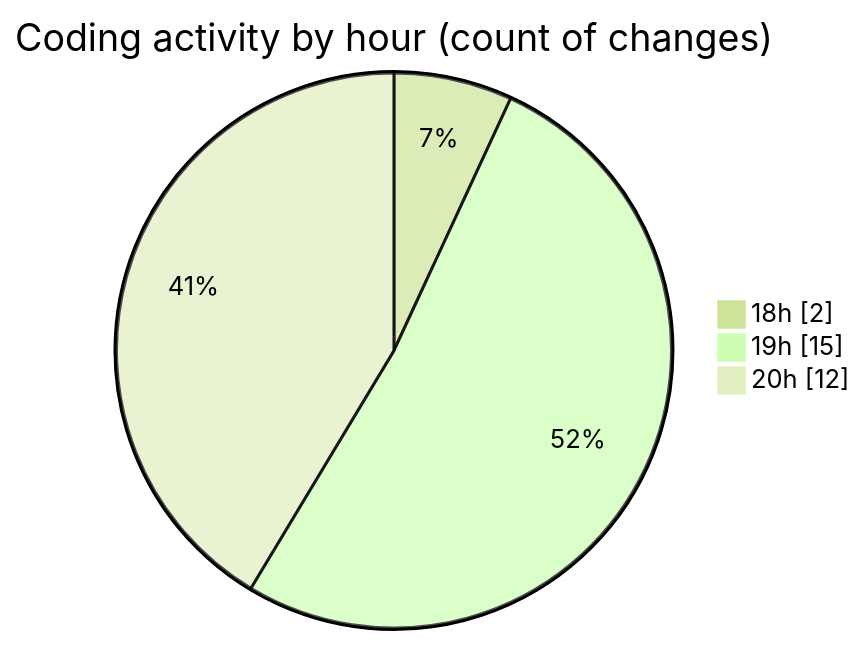
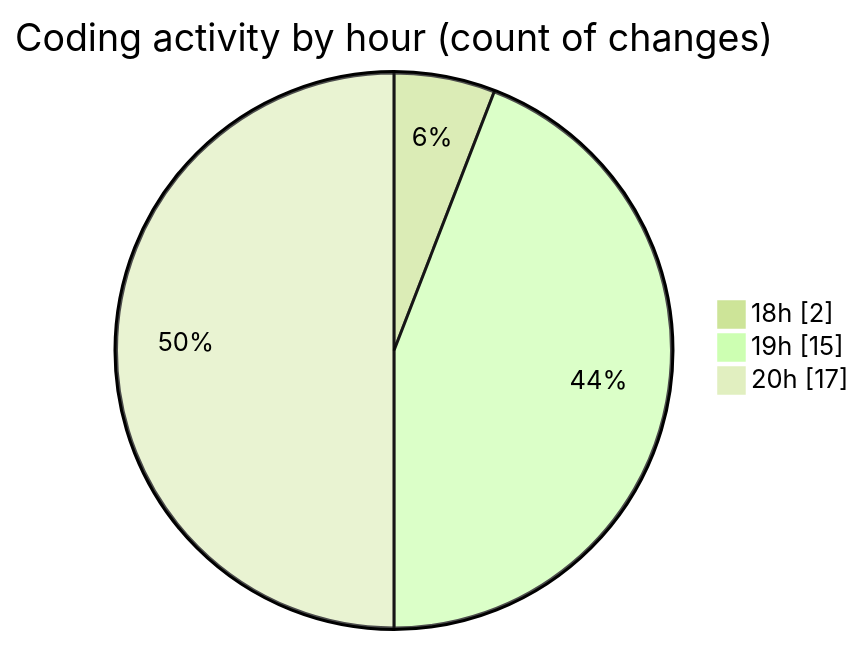
Before and after one commit to MatusMokan/code-tracking: the second of 2 diagrams in 2025-02-27/myws__workspace_/README.md, drawn with Mermaid (forest theme). The commit also changed other lines of this file and 1 other file, not shown here.

````diff
--- a/2025-02-27/myws__workspace_/README.md
+++ b/2025-02-27/myws__workspace_/README.md
@@ -29,7 +29,7 @@
 ```mermaid
 pie showData
 title Coding activity by hour (count of changes)
 "18h" : 2
 "19h" : 15
-"20h" : 12
+"20h" : 17
 ```
````
